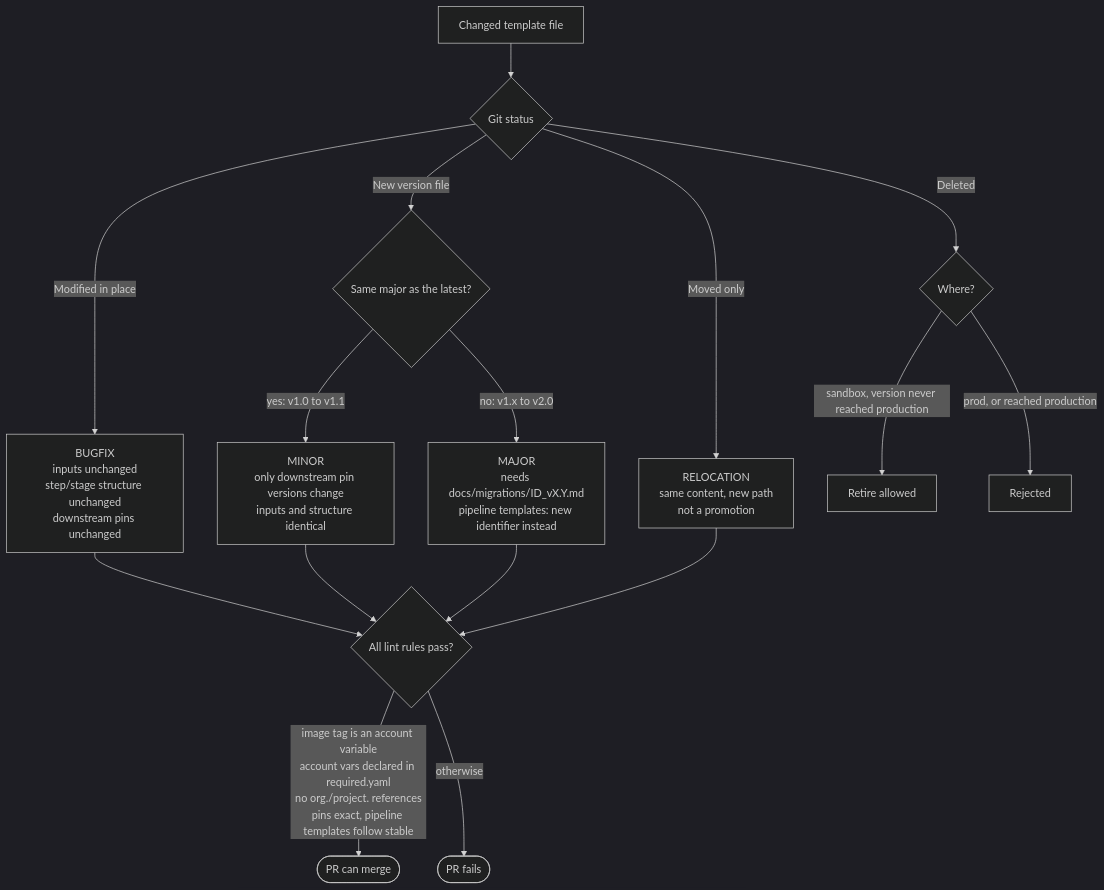
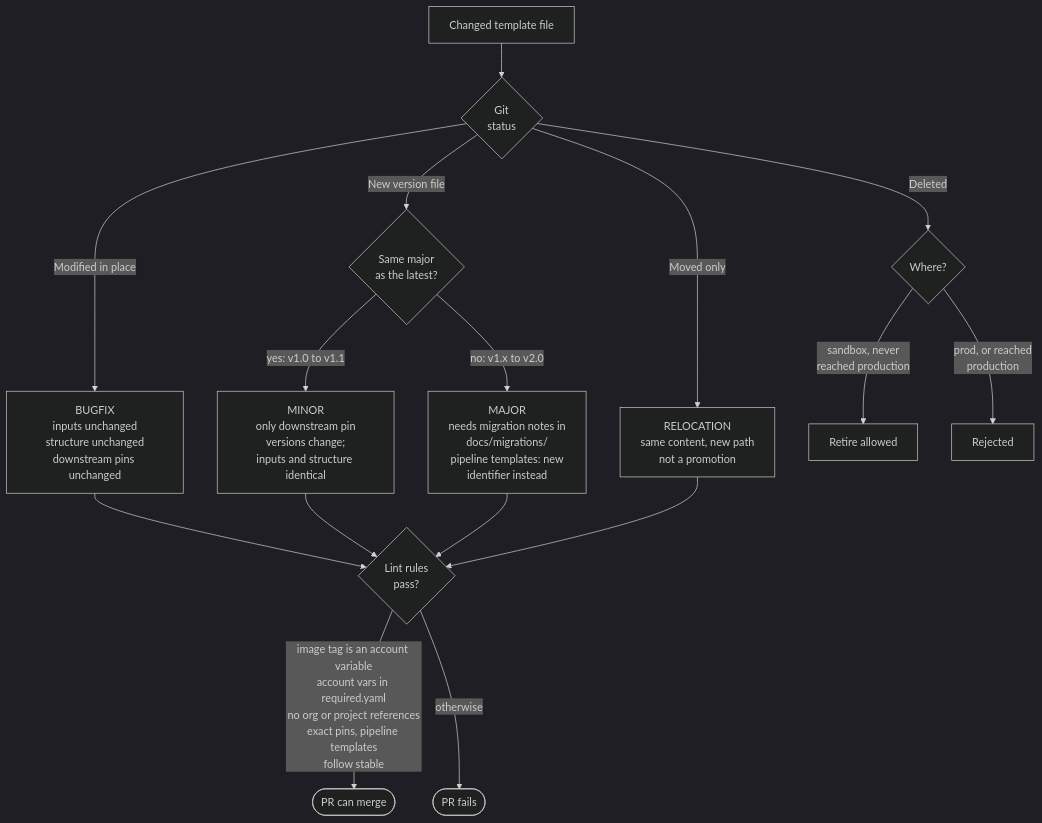
Before and after one commit to armory-io/harness-account-iacm: the third of 6 diagrams in docs/PROMOTION-FLOW.md, drawn with Mermaid (dark theme). The commit also changed other lines of this file, not shown here.

First line of the commit message:
docs: wrap long diagram labels so they are not cut off

````diff
--- a/docs/PROMOTION-FLOW.md
+++ b/docs/PROMOTION-FLOW.md
@@ -99,18 +99,18 @@
 ```mermaid
 flowchart TD
-    A[Changed template file] --> B{Git status}
-    B -->|Modified in place| C["BUGFIX<br/>inputs unchanged<br/>step/stage structure unchanged<br/>downstream pins unchanged"]
-    B -->|New version file| D{Same major as the latest?}
-    B -->|Deleted| E{Where?}
+    A[Changed template file] --> B{"Git<br/>status"}
+    B -->|Modified in place| C["BUGFIX<br/>inputs unchanged<br/>structure unchanged<br/>downstream pins unchanged"]
+    B -->|New version file| D{"Same major<br/>as the latest?"}
+    B -->|Deleted| E{"Where?"}
     B -->|Moved only| R["RELOCATION<br/>same content, new path<br/>not a promotion"]
-    D -->|"yes: v1.0 to v1.1"| F["MINOR<br/>only downstream pin versions change<br/>inputs and structure identical"]
-    D -->|"no: v1.x to v2.0"| G["MAJOR<br/>needs docs/migrations/ID_vX.Y.md<br/>pipeline templates: new identifier instead"]
-    E -->|"sandbox, version never reached production"| H[Retire allowed]
-    E -->|"prod, or reached production"| I[Rejected]
-    C --> Z{All lint rules pass?}
+    D -->|"yes: v1.0 to v1.1"| F["MINOR<br/>only downstream pin<br/>versions change;<br/>inputs and structure identical"]
+    D -->|"no: v1.x to v2.0"| G["MAJOR<br/>needs migration notes in<br/>docs/migrations/<br/>pipeline templates: new<br/>identifier instead"]
+    E -->|"sandbox, never<br/>reached production"| H["Retire allowed"]
+    E -->|"prod, or reached<br/>production"| I["Rejected"]
+    C --> Z{"Lint rules<br/>pass?"}
     F --> Z
     G --> Z
     R --> Z
-    Z -->|"image tag is an account variable<br/>account vars declared in required.yaml<br/>no org./project. references<br/>pins exact, pipeline templates follow stable"| OK([PR can merge])
-    Z -->|otherwise| NO([PR fails])
+    Z -->|"image tag is an account variable<br/>account vars in required.yaml<br/>no org or project references<br/>exact pins, pipeline templates<br/>follow stable"| OK(["PR can merge"])
+    Z -->|otherwise| NO(["PR fails"])
 ```
````
